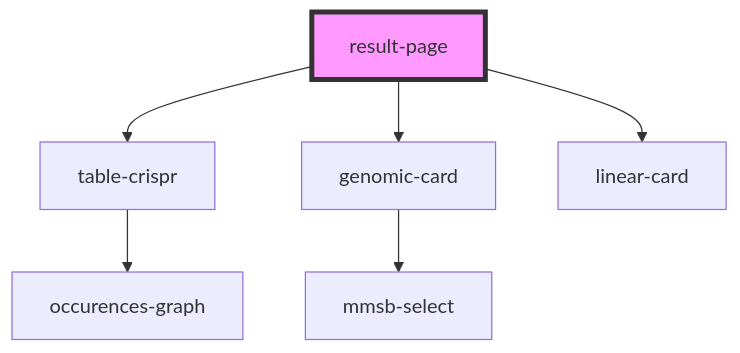
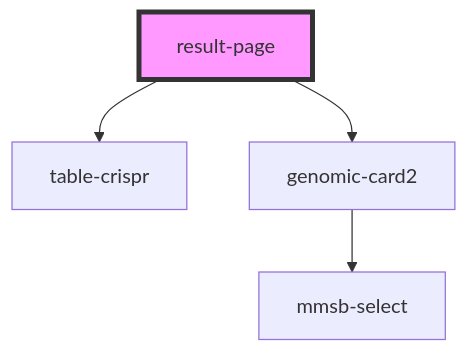
Before and after one commit to MMSB-MOBI/result_page_crispr: the diagram in src/components/result-page/readme.md, drawn with Mermaid. The commit also changed other lines of this file and 10 other files, not shown here.

````diff
--- a/src/components/result-page/readme.md
+++ b/src/components/result-page/readme.md
@@ -28,9 +27,7 @@
 ```mermaid
 graph TD;
   result-page --> table-crispr
-  result-page --> genomic-card
-  result-page --> linear-card
-  table-crispr --> occurences-graph
-  genomic-card --> mmsb-select
+  result-page --> genomic-card2
+  genomic-card2 --> mmsb-select
   style result-page fill:#f9f,stroke:#333,stroke-width:4px
 ```
````
